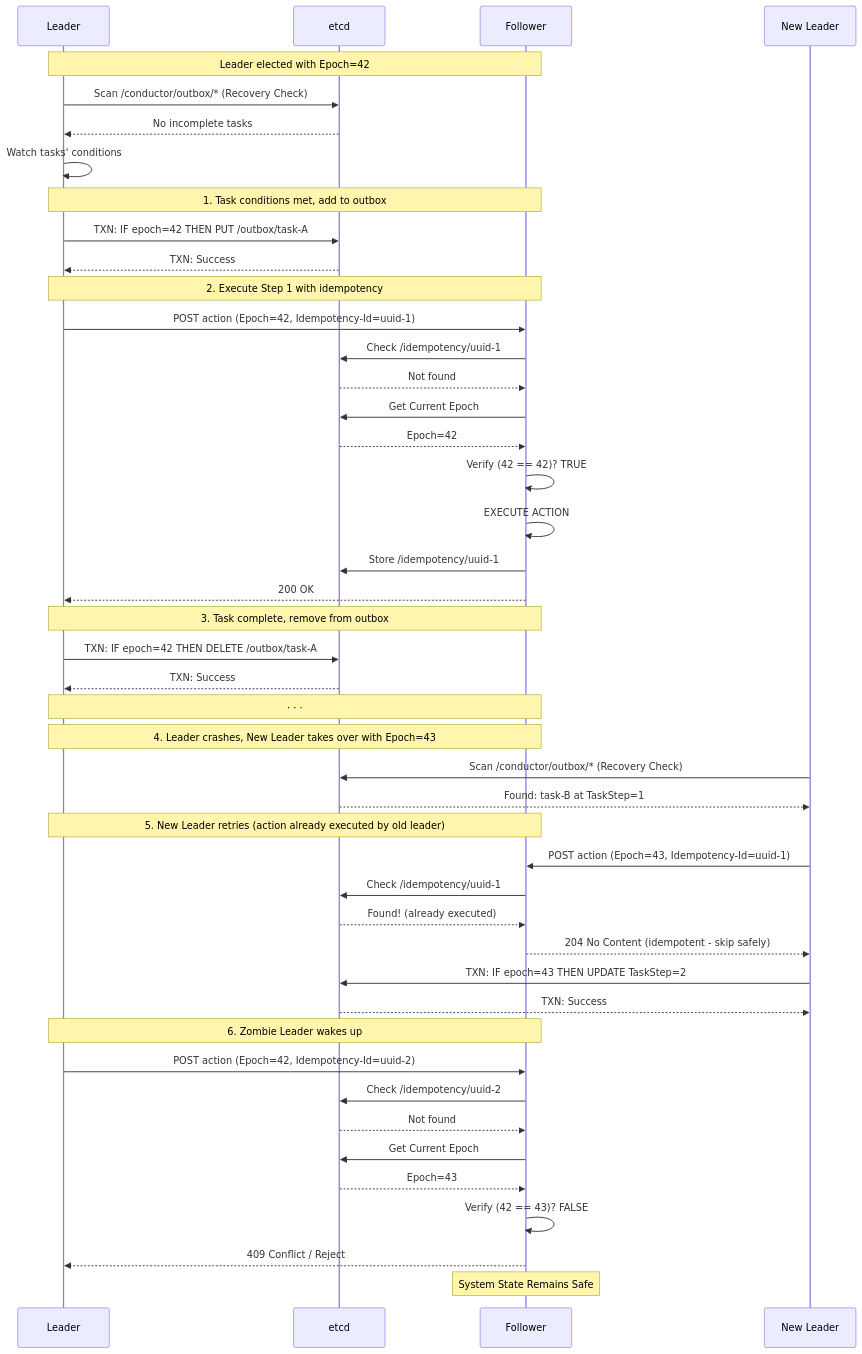
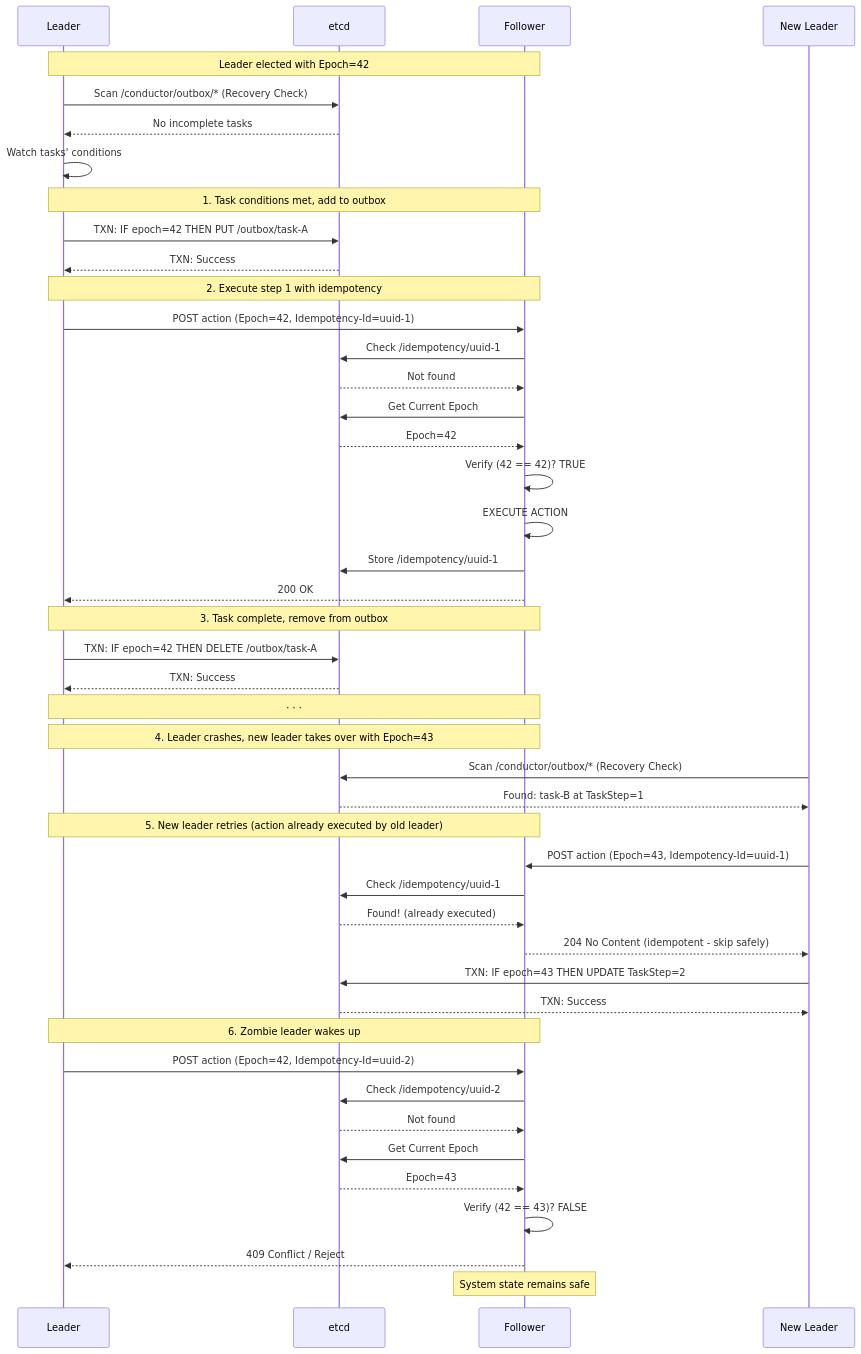
The diagram in docs/outbox-distributed.md (esadakcam/conductor), drawn with Mermaid before and after one commit. The commit also changed 3 other files, not shown here.

````diff
--- a/docs/outbox-distributed.md
+++ b/docs/outbox-distributed.md
@@ -1,65 +1,65 @@
 ```mermaid
 sequenceDiagram
 participant Leader as Leader
 participant DB as etcd
 participant Follower as Follower
 
     Note over Leader, Follower: Leader elected with Epoch=42
 
     Leader->>DB: Scan /conductor/outbox/* (Recovery Check)
     DB-->>Leader: No incomplete tasks
     Leader->>Leader: Watch tasks' conditions
 
     Note over Leader, Follower: 1. Task conditions met, add to outbox
 
     Leader->>DB: TXN: IF epoch=42 THEN PUT /outbox/task-A
     DB-->>Leader: TXN: Success
 
-    Note over Leader, Follower: 2. Execute Step 1 with idempotency
+    Note over Leader, Follower: 2. Execute step 1 with idempotency
 
     Leader->>Follower: POST action (Epoch=42, Idempotency-Id=uuid-1)
     Follower->>DB: Check /idempotency/uuid-1
     DB-->>Follower: Not found
     Follower->>DB: Get Current Epoch
     DB-->>Follower: Epoch=42
     Follower->>Follower: Verify (42 == 42)? TRUE
     Follower->>Follower: EXECUTE ACTION
     Follower->>DB: Store /idempotency/uuid-1
     Follower-->>Leader: 200 OK
 
     Note over Leader, Follower: 3. Task complete, remove from outbox
 
     Leader->>DB: TXN: IF epoch=42 THEN DELETE /outbox/task-A
     DB-->>Leader: TXN: Success
 
     Note over Leader, Follower: · · ·
 
-    Note over Leader, Follower: 4. Leader crashes, New Leader takes over with Epoch=43
+    Note over Leader, Follower: 4. Leader crashes, new leader takes over with Epoch=43
 
     participant NewLeader as New Leader
 
     NewLeader->>DB: Scan /conductor/outbox/* (Recovery Check)
     DB-->>NewLeader: Found: task-B at TaskStep=1
 
-    Note over Leader, Follower: 5. New Leader retries (action already executed by old leader)
+    Note over Leader, Follower: 5. New leader retries (action already executed by old leader)
 
     NewLeader->>Follower: POST action (Epoch=43, Idempotency-Id=uuid-1)
     Follower->>DB: Check /idempotency/uuid-1
     DB-->>Follower: Found! (already executed)
     Follower-->>NewLeader: 204 No Content (idempotent - skip safely)
 
     NewLeader->>DB: TXN: IF epoch=43 THEN UPDATE TaskStep=2
     DB-->>NewLeader: TXN: Success
 
-    Note over Leader, Follower: 6. Zombie Leader wakes up
+    Note over Leader, Follower: 6. Zombie leader wakes up
 
     Leader->>Follower: POST action (Epoch=42, Idempotency-Id=uuid-2)
     Follower->>DB: Check /idempotency/uuid-2
     DB-->>Follower: Not found
     Follower->>DB: Get Current Epoch
     DB-->>Follower: Epoch=43
     Follower->>Follower: Verify (42 == 43)? FALSE
     Follower-->>Leader: 409 Conflict / Reject
 
-    Note over Follower: System State Remains Safe
+    Note over Follower: System state remains safe
 ```
````
